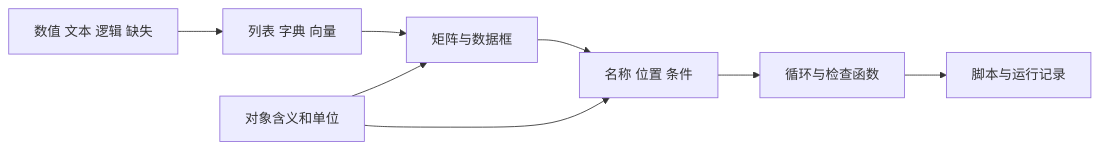
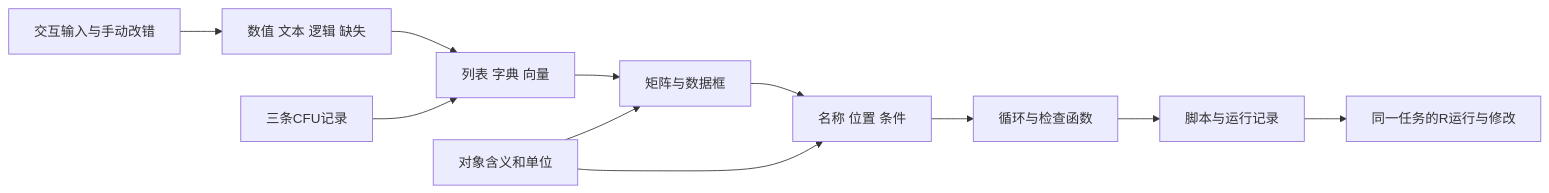
The diagram in docs/chapters/chapter-4/index.md (luvega/AI_MED_DataVis), drawn with Mermaid before and after one commit. The commit also changed other lines of this file and 51 other files, not shown here.

````diff
--- a/docs/chapters/chapter-4/index.md
+++ b/docs/chapters/chapter-4/index.md
@@ -300,10 +431,13 @@
 ```mermaid
 flowchart LR
 A[数值 文本 逻辑 缺失] --> B[列表 字典 向量]
 B --> C[矩阵与数据框]
 C --> D[名称 位置 条件]
 D --> E[循环与检查函数]
 E --> F[脚本与运行记录]
 G[对象含义和单位] --> C
 G --> D
+H[交互输入与手动改错] --> A
+I[三条CFU记录] --> B
+F --> J[同一任务的R运行与修改]
 ```
````
